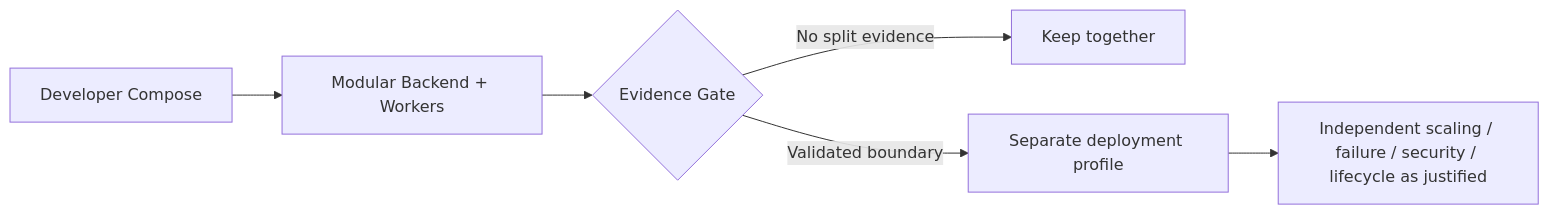
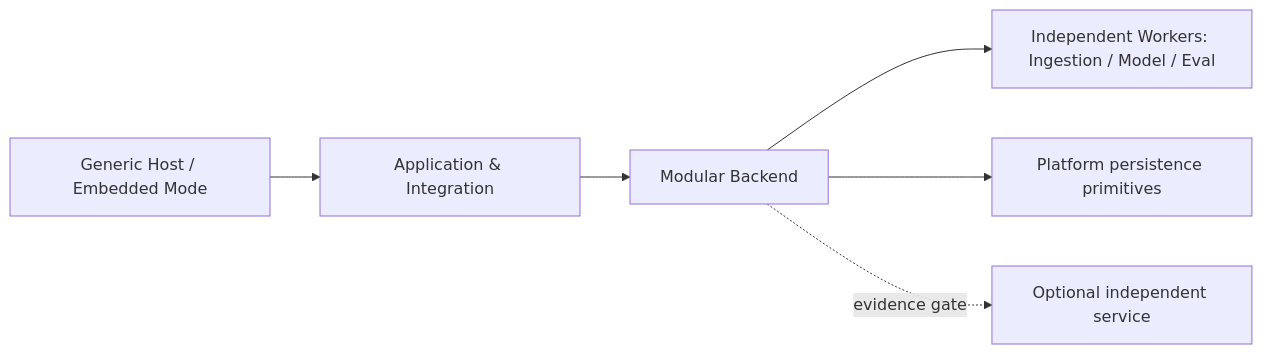
The tenth of 14 diagrams in docs/architecture/architecture-views.md (ProfessorZhi/Zuno), drawn with Mermaid before and after one commit. The commit also changed other lines of this file and 14 other files, not shown here.

Commit message:
docs: apply round 02 architecture revision

````diff
--- a/docs/architecture/architecture-views.md
+++ b/docs/architecture/architecture-views.md
@@ -187,8 +161,8 @@
 ```mermaid
 flowchart LR
-  DEV[Developer Compose] --> BASE[Modular Backend + Workers]
-  BASE --> GATE{Evidence Gate}
-  GATE -->|No split evidence| KEEP[Keep together]
-  GATE -->|Validated boundary| DEPLOY[Separate deployment profile]
-  DEPLOY --> SCALE[Independent scaling / failure / security / lifecycle as justified]
+  HOST[Generic Host / Embedded Mode] --> API[Application & Integration]
+  API --> BACKEND[Modular Backend]
+  BACKEND --> WORKER[Independent Workers: Ingestion / Model / Eval]
+  BACKEND --> STORE[Platform persistence primitives]
+  BACKEND -. evidence gate .-> SERVICE[Optional independent service]
 ```
````
